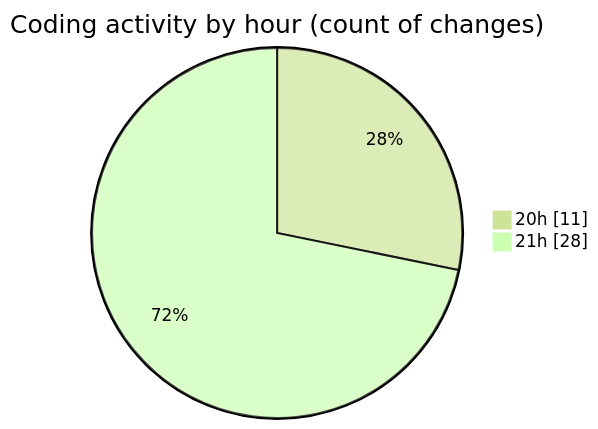
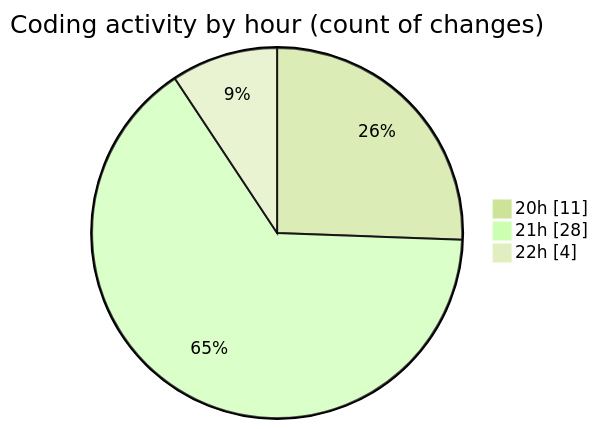
One commit to MatusMokan/code-tracking changed the second of 2 diagrams in 2025-04-10/myws__workspace_/README.md. Above: the diagram before and after it, drawn with Mermaid (forest theme). The commit also changed other lines of this file and 1 other file, not shown here.

````diff
--- a/2025-04-10/myws__workspace_/README.md
+++ b/2025-04-10/myws__workspace_/README.md
@@ -30,6 +30,7 @@
 ```mermaid
 pie showData
 title Coding activity by hour (count of changes)
 "20h" : 11
 "21h" : 28
+"22h" : 4
 ```
````
